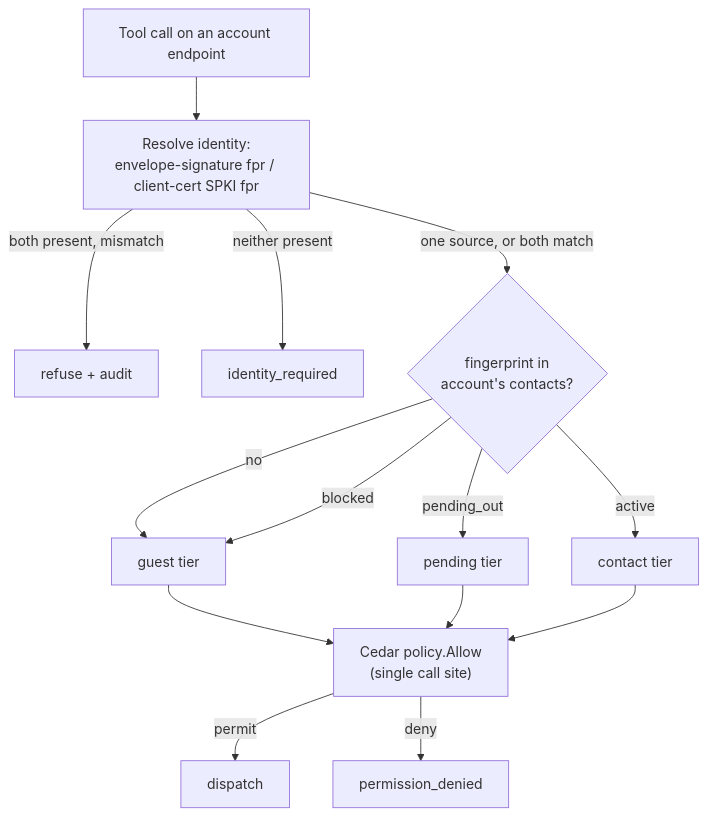
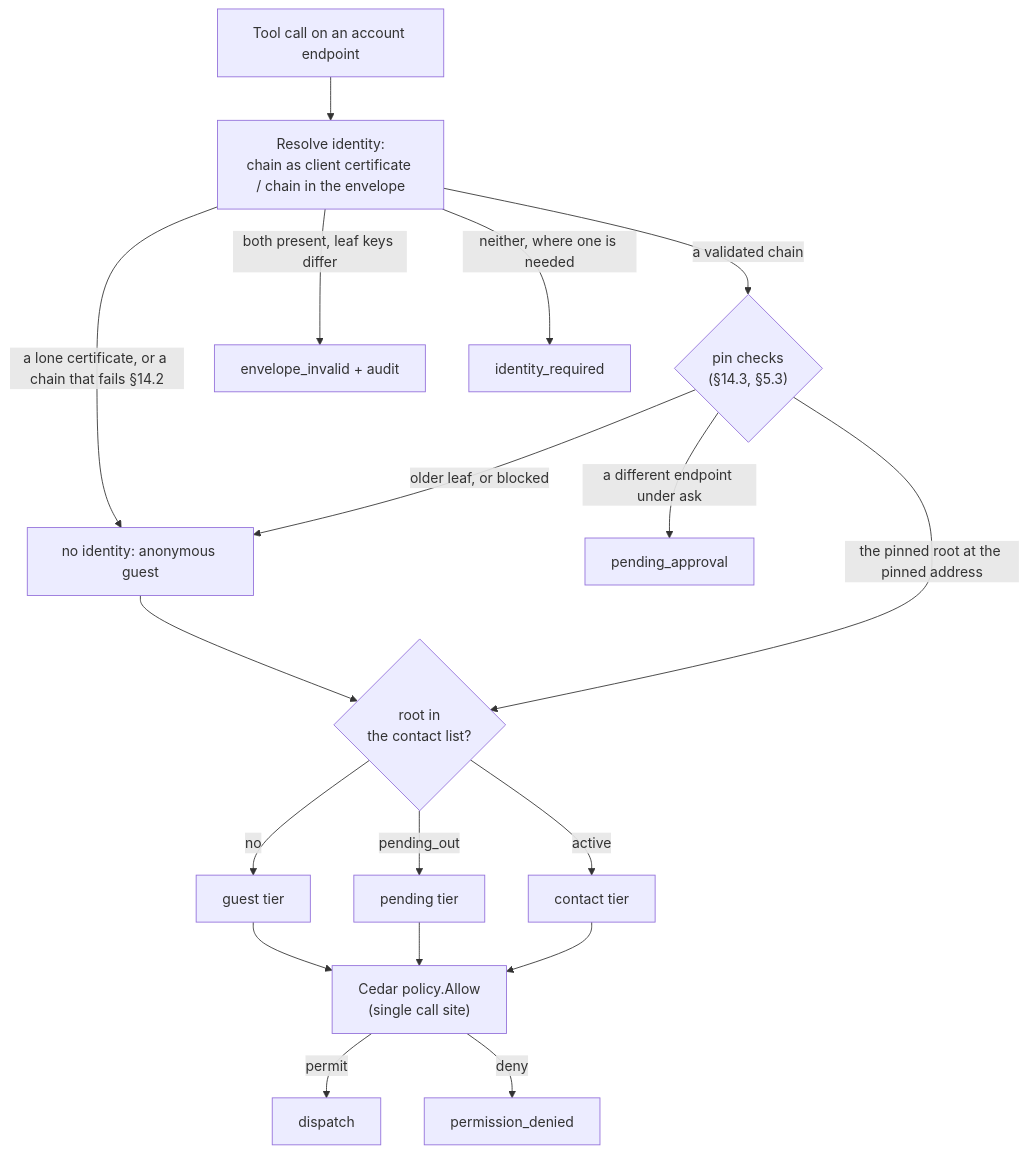
One commit to humandelegatedtrustprotocol/hdtp-gateway changed the second of 8 diagrams in SPEC.md. Above: the diagram before and after it, drawn with Mermaid. The commit also changed other lines of this file and 5 other files, not shown here.

````diff
--- a/SPEC.md
+++ b/SPEC.md
@@ -206,16 +230,20 @@
 ```mermaid
 flowchart TD
-    IN["Tool call on an account endpoint"] --> RES["Resolve identity:<br/>envelope-signature fpr / client-cert SPKI fpr"]
-    RES -- "both present, mismatch" --> RF["refuse + audit"]
-    RES -- "neither present" --> IR["identity_required"]
-    RES -- "one source, or both match" --> LK{"fingerprint in<br/>account's contacts?"}
+    IN["Tool call on an account endpoint"] --> RES["Resolve identity:<br/>chain as client certificate / chain in the envelope"]
+    RES -- "a lone certificate, or a chain that fails §14.2" --> AN["no identity: anonymous guest"]
+    RES -- "both present, leaf keys differ" --> RF["envelope_invalid + audit"]
+    RES -- "neither, where one is needed" --> IR["identity_required"]
+    RES -- "a validated chain" --> PIN{"pin checks<br/>(§14.3, §5.3)"}
+    PIN -- "older leaf, or blocked" --> AN
+    PIN -- "a different endpoint under ask" --> PA["pending_approval"]
+    PIN -- "the pinned root at the pinned address" --> LK{"root in<br/>the contact list?"}
+    AN --> LK
     LK -- "no" --> GT["guest tier"]
-    LK -- "blocked" --> GT
     LK -- "pending_out" --> PT["pending tier"]
     LK -- "active" --> CT["contact tier"]
     GT --> CE["Cedar policy.Allow<br/>(single call site)"]
     PT --> CE
     CT --> CE
     CE -- "permit" --> DP["dispatch"]
     CE -- "deny" --> PD["permission_denied"]
 ```
````
